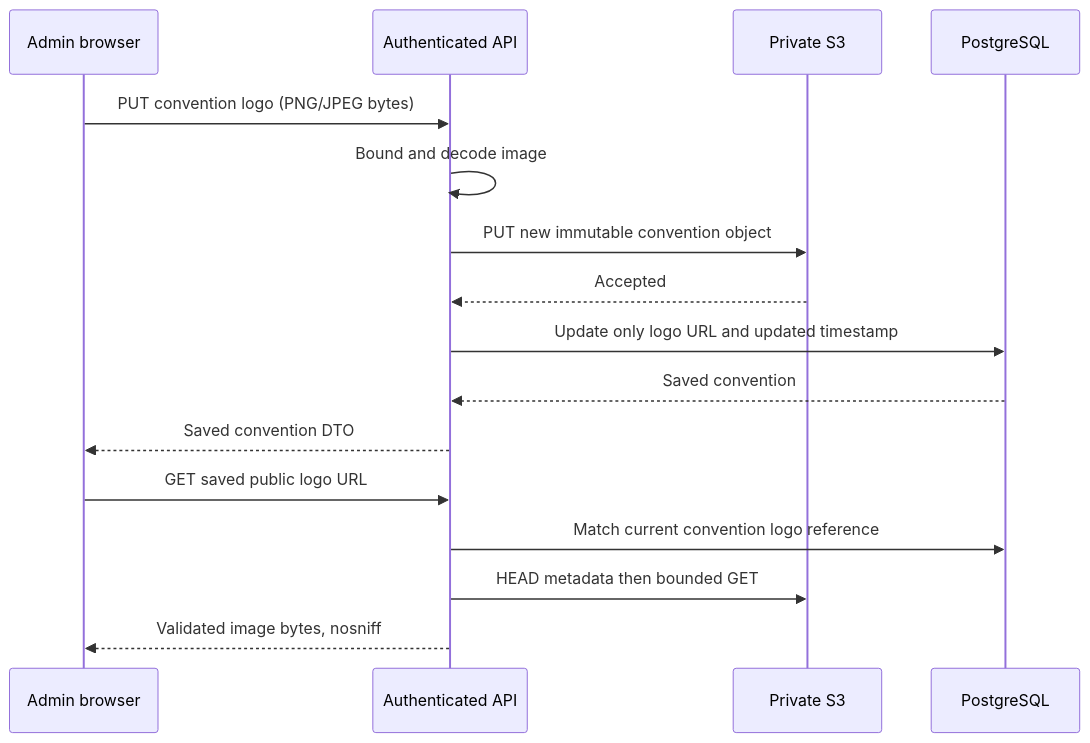
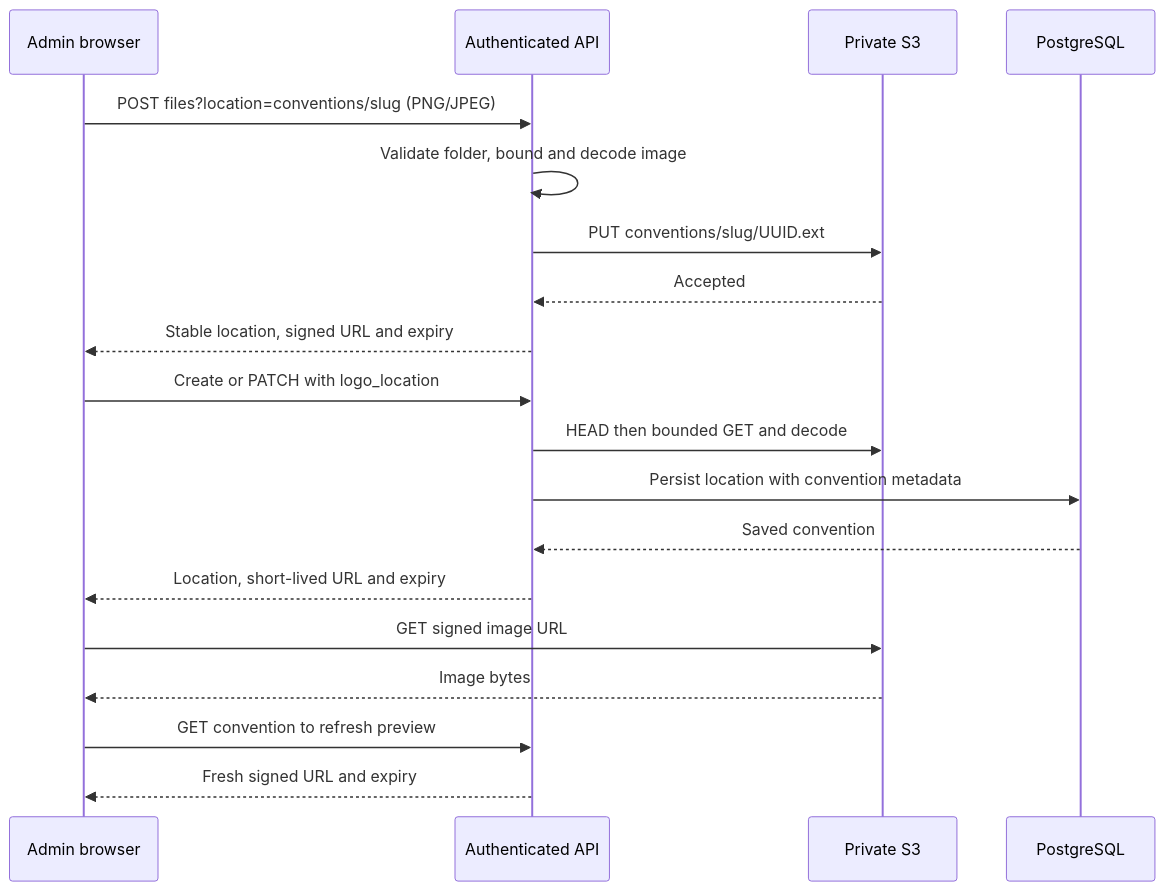
The diagram in docs/conventions.md (enzumeii/monolith), drawn with Mermaid before and after one commit. The commit also changed other lines of this file and 57 other files, not shown here.

Commit message:
fix(conventions): address logo upload review feedback

````diff
--- a/docs/conventions.md
+++ b/docs/conventions.md
@@ -19,18 +19,21 @@
 ```mermaid
 sequenceDiagram
     participant Admin as Admin browser
     participant API as Authenticated API
     participant Storage as Private S3
     participant DB as PostgreSQL
-    Admin->>API: PUT convention logo (PNG/JPEG bytes)
-    API->>API: Bound and decode image
-    API->>Storage: PUT new immutable convention object
+    Admin->>API: POST files?location=conventions/slug (PNG/JPEG)
+    API->>API: Validate folder, bound and decode image
+    API->>Storage: PUT conventions/slug/UUID.ext
     Storage-->>API: Accepted
-    API->>DB: Update only logo URL and updated timestamp
+    API-->>Admin: Stable location, signed URL and expiry
+    Admin->>API: Create or PATCH with logo_location
+    API->>Storage: HEAD then bounded GET and decode
+    API->>DB: Persist location with convention metadata
     DB-->>API: Saved convention
-    API-->>Admin: Saved convention DTO
-    Admin->>API: GET saved public logo URL
-    API->>DB: Match current convention logo reference
-    API->>Storage: HEAD metadata then bounded GET
-    API-->>Admin: Validated image bytes, nosniff
+    API-->>Admin: Location, short-lived URL and expiry
+    Admin->>Storage: GET signed image URL
+    Storage-->>Admin: Image bytes
+    Admin->>API: GET convention to refresh preview
+    API-->>Admin: Fresh signed URL and expiry
 ```
````
